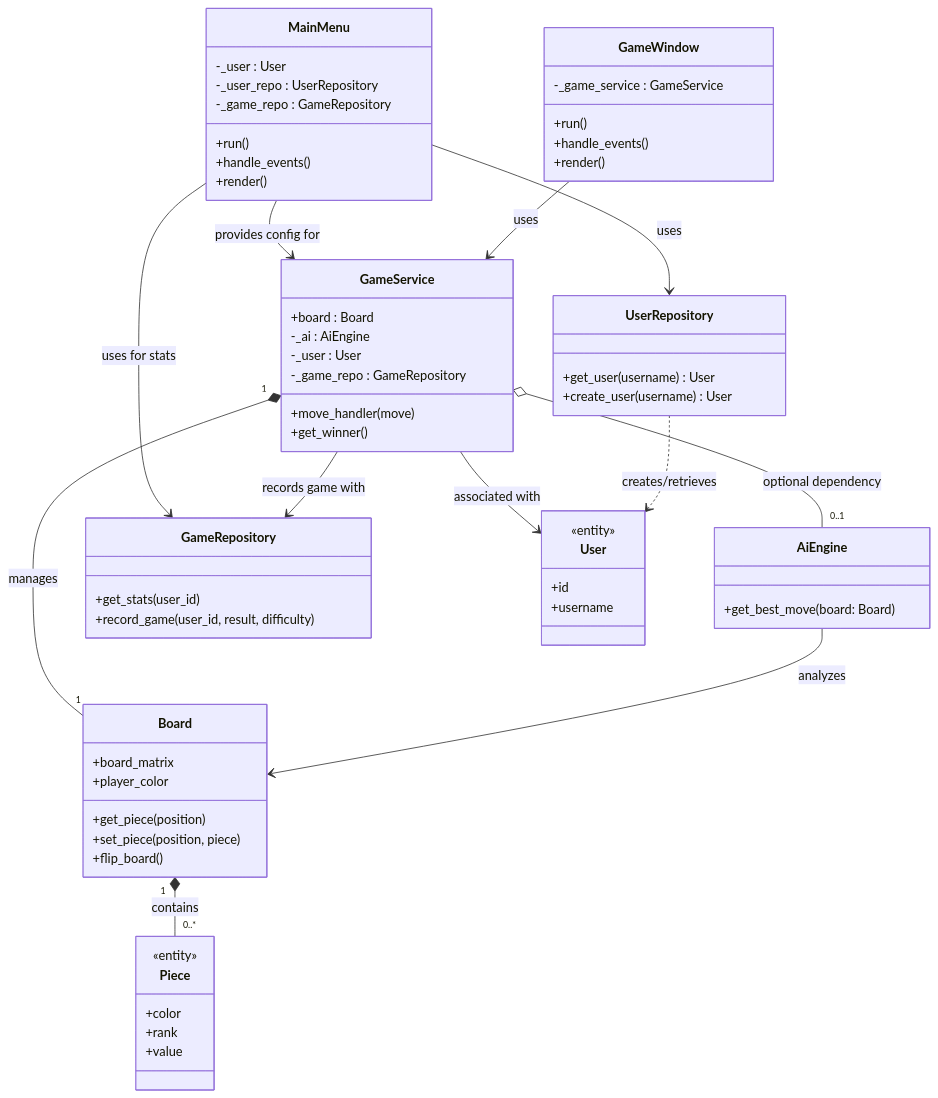
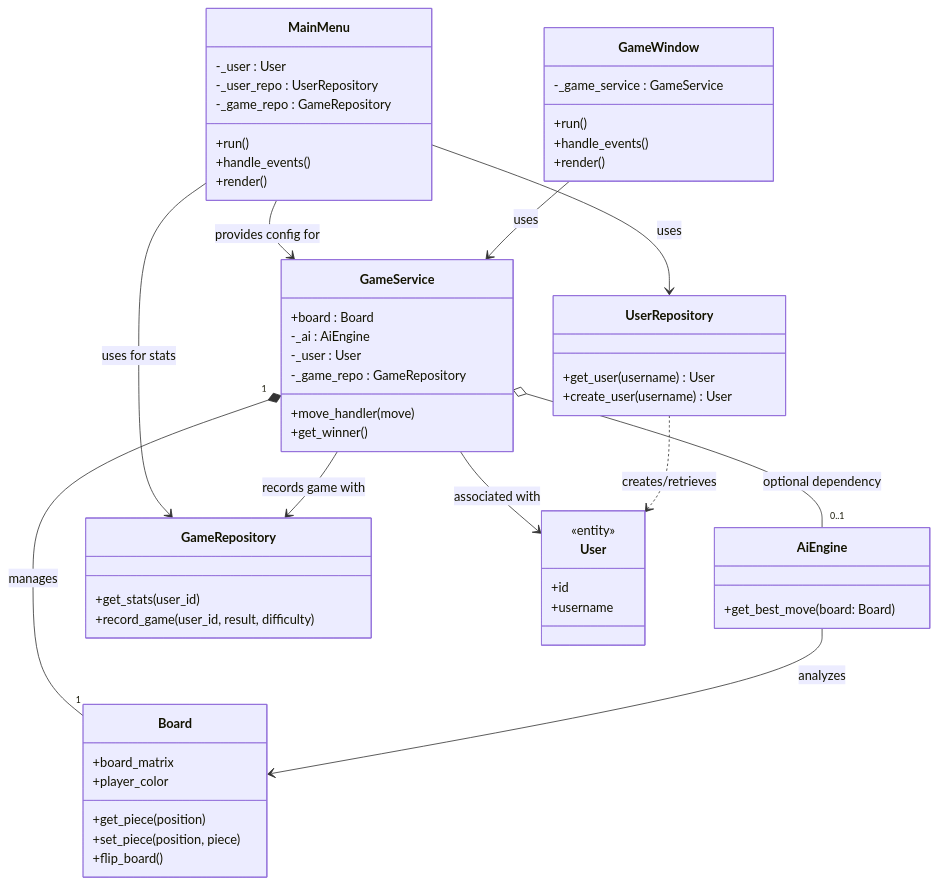
Before and after one commit to JuhoTurunen/chess-app: the first of 2 diagrams in documentation/architecture.md, drawn with Mermaid. The commit also changed other lines of this file and 1 other file, not shown here.

````diff
--- a/documentation/architecture.md
+++ b/documentation/architecture.md
@@ -22,82 +25,74 @@
 ```mermaid
 classDiagram
     %% UI Layer
     class MainMenu {
       +run()
       -_user : User
       -_user_repo : UserRepository
       -_game_repo : GameRepository
       +handle_events()
       +render()
     }
     class GameWindow {
       +run()
       -_game_service : GameService
       +handle_events()
       +render()
     }
 
     %% Engine Layer - Services
     class GameService {
       +board : Board
       -_ai : AiEngine
       -_user : User
       -_game_repo : GameRepository
       +move_handler(move)
       +get_winner()
     }
     class AiEngine {
       +get_best_move(board: Board)
     }
 
     %% Engine Layer - Entities
     class Board {
       +board_matrix
       +player_color
       +get_piece(position)
       +set_piece(position, piece)
       +flip_board()
     }
-    class Piece {
-      <<entity>>
-      +color
-      +rank
-      +value
-    }
 
     %% Persistence Layer - Repositories
     class UserRepository {
       +get_user(username) User
       +create_user(username) User
     }
     class GameRepository {
       +get_stats(user_id)
       +record_game(user_id, result, difficulty)
     }
 
     %% Persistence Layer - Models/Entities
     class User {
       <<entity>>
       +id
       +username
     }
 
     %% Relationships
     MainMenu --> GameService : provides config for
     MainMenu --> UserRepository : uses
     MainMenu --> GameRepository : uses for stats
 
     GameWindow --> GameService : uses
 
     GameService "1" *-- "1" Board : manages
     GameService o-- "0..1" AiEngine : optional dependency
     GameService --> GameRepository : records game with
     GameService --> User : associated with
 
     AiEngine --> Board : analyzes
 
-    Board "1" *-- "0..*" Piece : contains
-
     UserRepository ..> User : creates/retrieves
 
 ```
````
